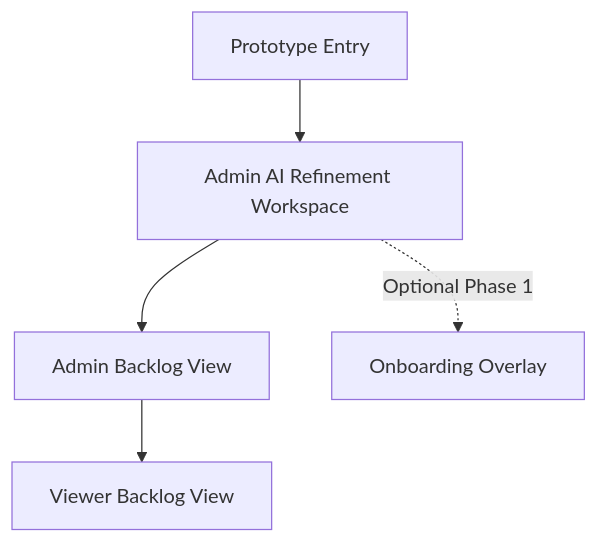
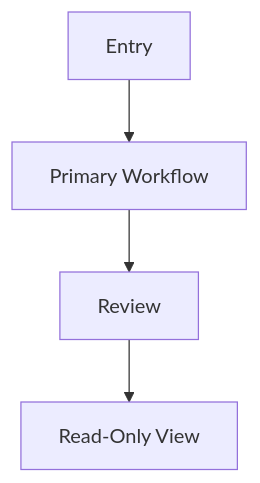
One commit to alonsovndev/open-projects-hub-docs changed the diagram in docs/projects/project-template/05-prototype/prototype-brief.md. Above: the diagram before and after it, drawn with Mermaid. The commit also changed other lines of this file and 2 other files, not shown here.

````diff
--- a/docs/projects/project-template/05-prototype/prototype-brief.md
+++ b/docs/projects/project-template/05-prototype/prototype-brief.md
@@ -95,7 +70,6 @@
 ```mermaid
 flowchart TD
-    A[Prototype Entry] --> B[Admin AI Refinement Workspace]
-    B --> C[Admin Backlog View]
-    C --> D[Viewer Backlog View]
-    B -. Optional Phase 1 .-> E[Onboarding Overlay]
+    A[Entry] --> B[Primary Workflow]
+    B --> C[Review]
+    C --> D[Read-Only View]
 ```
````
